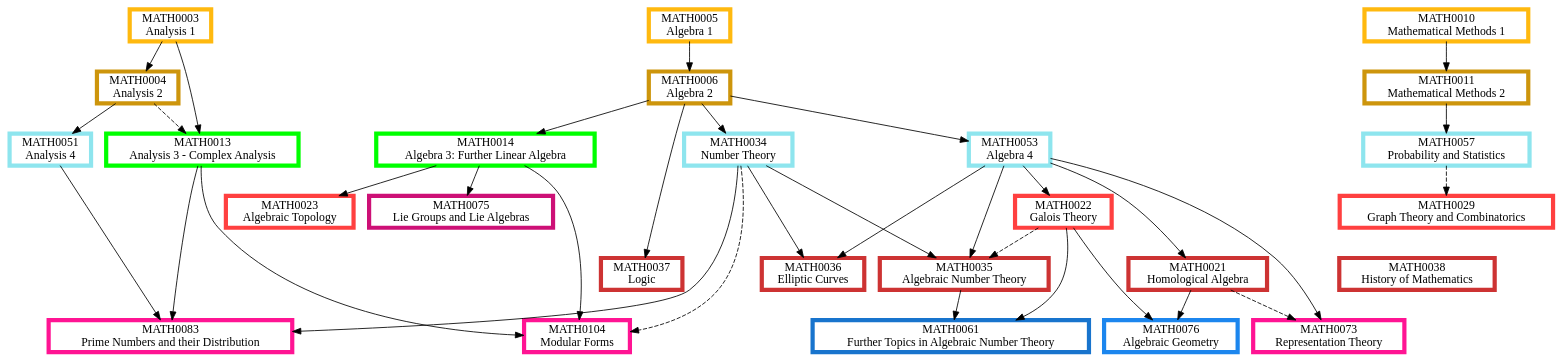
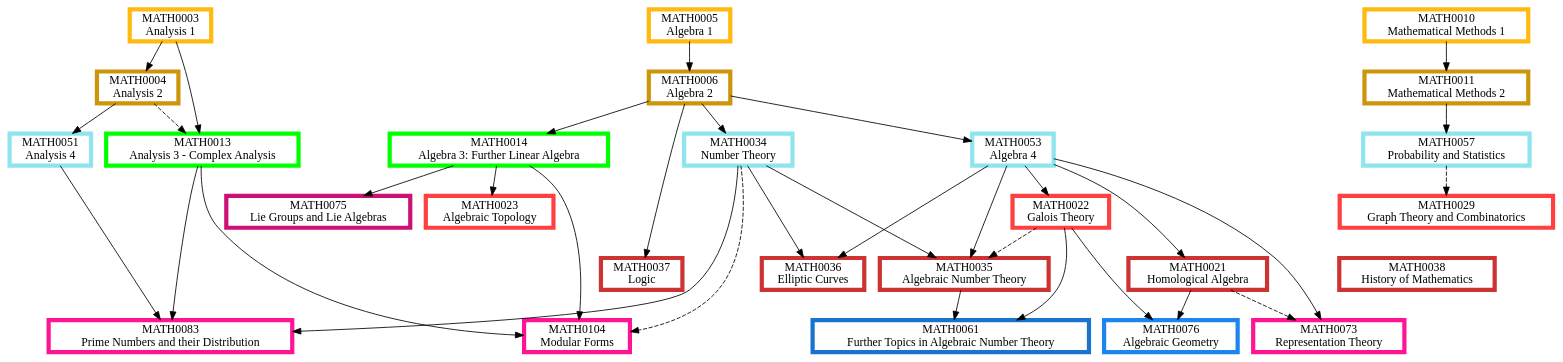
Before and after one commit to matthew-towers/pathways: the diagram in Algebra.dot, drawn with Graphviz. The commit also changed 11 other files, not shown here.

```diff
--- a/Algebra.dot
+++ b/Algebra.dot
@@ -1,118 +1,118 @@
 digraph {
 	node [fillcolor=white penwidth=5 shape=box style="filled,bold"]
 	subgraph "1.0 1" {
 		rank=same
-		MATH0005 [label="MATH0005
-Algebra 1" color=darkgoldenrod1 href="https://www.ucl.ac.uk/maths/sites/maths/files/math0005.pdf" tooltip="Year 1, term 1"]
 		MATH0003 [label="MATH0003
 Analysis 1" color=darkgoldenrod1 href="https://www.ucl.ac.uk/maths/sites/maths/files/math0003.pdf" tooltip="Year 1, term 1"]
 		MATH0010 [label="MATH0010
 Mathematical Methods 1" color=darkgoldenrod1 href="https://www.ucl.ac.uk/maths/sites/maths/files/math0010.pdf" tooltip="Year 1, term 1"]
+		MATH0005 [label="MATH0005
+Algebra 1" color=darkgoldenrod1 href="https://www.ucl.ac.uk/maths/sites/maths/files/math0005.pdf" tooltip="Year 1, term 1"]
 	}
-	MATH0005 -> MATH0006
-	MATH0010 -> MATH0011
-	MATH0003 -> MATH0004
+	MATH0010 -> MATH0011 [tooltip="required prerequisite"]
+	MATH0005 -> MATH0006 [tooltip="required prerequisite"]
+	MATH0003 -> MATH0004 [tooltip="required prerequisite"]
 	subgraph "1.0 2" {
 		rank=same
+		MATH0011 [label="MATH0011
+Mathematical Methods 2" color=darkgoldenrod3 href="https://www.ucl.ac.uk/maths/sites/maths/files/math0011_2.pdf" tooltip="Year 1, term 2"]
 		MATH0006 [label="MATH0006
 Algebra 2" color=darkgoldenrod3 href="https://www.ucl.ac.uk/maths/sites/maths/files/math0006.pdf" tooltip="Year 1, term 2"]
-		MATH0011 [label="MATH0011
-Mathematical Methods 2" color=darkgoldenrod3 href="https://www.ucl.ac.uk/maths/sites/maths/files/math0011_2.pdf" tooltip="Year 1, term 2"]
 		MATH0004 [label="MATH0004
 Analysis 2" color=darkgoldenrod3 href="https://www.ucl.ac.uk/maths/sites/maths/files/math0004.pdf" tooltip="Year 1, term 2"]
 	}
-	MATH0006 -> MATH0014
-	MATH0003 -> MATH0013
-	MATH0004 -> MATH0013 [style=dashed]
+	MATH0006 -> MATH0014 [tooltip="required prerequisite"]
+	MATH0003 -> MATH0013 [tooltip="required prerequisite"]
+	MATH0004 -> MATH0013 [style=dashed tooltip="recommended prerequisite"]
 	subgraph "2.0 1" {
 		rank=same
 		MATH0014 [label="MATH0014
 Algebra 3: Further Linear Algebra" color=green1 href="https://www.ucl.ac.uk/maths/sites/maths/files/math0014.pdf" tooltip="Year 2, term 1"]
 		MATH0013 [label="MATH0013
 Analysis 3 - Complex Analysis" color=green1 href="https://www.ucl.ac.uk/maths/sites/maths/files/math0013.pdf" tooltip="Year 2, term 1"]
 	}
-	MATH0006 -> MATH0053
-	MATH0011 -> MATH0057
-	MATH0006 -> MATH0034
-	MATH0004 -> MATH0051
+	MATH0011 -> MATH0057 [tooltip="required prerequisite"]
+	MATH0006 -> MATH0034 [tooltip="required prerequisite"]
+	MATH0006 -> MATH0053 [tooltip="required prerequisite"]
+	MATH0004 -> MATH0051 [tooltip="required prerequisite"]
 	subgraph "2.5 2" {
 		rank=same
-		MATH0053 [label="MATH0053
-Algebra 4" color=cadetblue2 href="https://www.ucl.ac.uk/maths/sites/maths/files/math0053.pdf" tooltip="Year 2 or 3, term 2"]
 		MATH0057 [label="MATH0057
 Probability and Statistics" color=cadetblue2 href="https://www.ucl.ac.uk/maths/sites/maths/files/math0057.pdf" tooltip="Year 2 or 3, term 2"]
 		MATH0034 [label="MATH0034
 Number Theory" color=cadetblue2 href="https://www.ucl.ac.uk/maths/sites/maths/files/math0034.pdf" tooltip="Year 2 or 3, term 2"]
+		MATH0053 [label="MATH0053
+Algebra 4" color=cadetblue2 href="https://www.ucl.ac.uk/maths/sites/maths/files/math0053.pdf" tooltip="Year 2 or 3, term 2"]
 		MATH0051 [label="MATH0051
 Analysis 4" color=cadetblue2 href="https://www.ucl.ac.uk/maths/sites/maths/files/math0051.pdf" tooltip="Year 2 or 3, term 2"]
 	}
-	MATH0014 -> MATH0023
-	MATH0057 -> MATH0029 [style=dashed]
-	MATH0053 -> MATH0022
+	MATH0057 -> MATH0029 [style=dashed tooltip="recommended prerequisite"]
+	MATH0053 -> MATH0022 [tooltip="required prerequisite"]
+	MATH0014 -> MATH0023 [tooltip="required prerequisite"]
 	subgraph "3.0 1" {
 		rank=same
-		MATH0023 [label="MATH0023
-Algebraic Topology" color=brown1 href="https://www.ucl.ac.uk/maths/sites/maths/files/math0023_1.pdf" tooltip="Year 3, term 1"]
 		MATH0029 [label="MATH0029
 Graph Theory and Combinatorics" color=brown1 href="https://www.ucl.ac.uk/maths/sites/maths/files/math0029.pdf" tooltip="Year 3, term 1"]
 		MATH0022 [label="MATH0022
 Galois Theory" color=brown1 href="https://www.ucl.ac.uk/maths/sites/maths/files/math0022.pdf" tooltip="Year 3, term 1"]
+		MATH0023 [label="MATH0023
+Algebraic Topology" color=brown1 href="https://www.ucl.ac.uk/maths/sites/maths/files/math0023_1.pdf" tooltip="Year 3, term 1"]
 	}
-	MATH0006 -> MATH0037
-	MATH0034 -> MATH0036
-	MATH0053 -> MATH0036
-	MATH0053 -> MATH0021
-	MATH0034 -> MATH0035
-	MATH0053 -> MATH0035
-	MATH0022 -> MATH0035 [style=dashed]
+	MATH0034 -> MATH0036 [tooltip="required prerequisite"]
+	MATH0053 -> MATH0036 [tooltip="required prerequisite"]
+	MATH0053 -> MATH0021 [tooltip="required prerequisite"]
+	MATH0006 -> MATH0037 [tooltip="required prerequisite"]
+	MATH0034 -> MATH0035 [tooltip="required prerequisite"]
+	MATH0053 -> MATH0035 [tooltip="required prerequisite"]
+	MATH0022 -> MATH0035 [style=dashed tooltip="recommended prerequisite"]
 	subgraph "3.0 2" {
 		rank=same
-		MATH0038 [label="MATH0038
-History of Mathematics" color=brown3 href="https://www.ucl.ac.uk/maths/sites/maths/files/math0038.pdf" tooltip="Year 3, term 2"]
-		MATH0037 [label="MATH0037
-Logic" color=brown3 href="https://www.ucl.ac.uk/maths/sites/maths/files/math0037.pdf" tooltip="Year 3, term 2"]
 		MATH0036 [label="MATH0036
 Elliptic Curves" color=brown3 href="https://www.ucl.ac.uk/maths/sites/maths/files/math0036.pdf" tooltip="Year 3, term 2"]
 		MATH0021 [label="MATH0021
 Homological Algebra" color=brown3 href="https://www.ucl.ac.uk/maths/sites/maths/files/math0021.pdf" tooltip="Year 3, term 2"]
+		MATH0037 [label="MATH0037
+Logic" color=brown3 href="https://www.ucl.ac.uk/maths/sites/maths/files/math0037.pdf" tooltip="Year 3, term 2"]
+		MATH0038 [label="MATH0038
+History of Mathematics" color=brown3 href="https://www.ucl.ac.uk/maths/sites/maths/files/math0038.pdf" tooltip="Year 3, term 2"]
 		MATH0035 [label="MATH0035
 Algebraic Number Theory" color=brown3 href="https://www.ucl.ac.uk/maths/sites/maths/files/math0035.pdf" tooltip="Year 3, term 2"]
 	}
-	MATH0053 -> MATH0073
-	MATH0021 -> MATH0073 [style=dashed]
-	MATH0013 -> MATH0083
-	MATH0051 -> MATH0083
-	MATH0034 -> MATH0083
-	MATH0013 -> MATH0104
-	MATH0014 -> MATH0104
-	MATH0034 -> MATH0104 [style=dashed]
+	MATH0013 -> MATH0083 [tooltip="required prerequisite"]
+	MATH0051 -> MATH0083 [tooltip="required prerequisite"]
+	MATH0034 -> MATH0083 [tooltip="required prerequisite"]
+	MATH0053 -> MATH0073 [tooltip="required prerequisite"]
+	MATH0021 -> MATH0073 [style=dashed tooltip="recommended prerequisite"]
+	MATH0013 -> MATH0104 [tooltip="required prerequisite"]
+	MATH0014 -> MATH0104 [tooltip="required prerequisite"]
+	MATH0034 -> MATH0104 [style=dashed tooltip="recommended prerequisite"]
 	subgraph "3.5 1" {
 		rank=same
+		MATH0083 [label="MATH0083
+Prime Numbers and their Distribution" color=deeppink1 href="https://www.ucl.ac.uk/maths/sites/maths/files/math0083.pdf" tooltip="Year 3 or 4, term 1"]
 		MATH0073 [label="MATH0073
 Representation Theory" color=deeppink1 href="https://www.ucl.ac.uk/maths/sites/maths/files/math0073.pdf" tooltip="Year 3 or 4, term 1"]
-		MATH0083 [label="MATH0083
-Prime Numbers and their Distribution" color=deeppink1 href="https://www.ucl.ac.uk/maths/sites/maths/files/math0083.pdf" tooltip="Year 3 or 4, term 1"]
 		MATH0104 [label="MATH0104
 Modular Forms" color=deeppink1 href="https://www.ucl.ac.uk/maths/sites/maths/files/math0104_2.pdf" tooltip="Year 3 or 4, term 1"]
 	}
-	MATH0014 -> MATH0075
+	MATH0014 -> MATH0075 [tooltip="required prerequisite"]
 	subgraph "3.5 2" {
 		rank=same
 		MATH0075 [label="MATH0075
 Lie Groups and Lie Algebras" color=deeppink3 href="https://www.ucl.ac.uk/maths/sites/maths/files/math0075_3.pdf" tooltip="Year 3 or 4, term 2"]
 	}
-	MATH0021 -> MATH0076
-	MATH0022 -> MATH0076
+	MATH0021 -> MATH0076 [tooltip="required prerequisite"]
+	MATH0022 -> MATH0076 [tooltip="required prerequisite"]
 	subgraph "4.0 1" {
 		rank=same
 		MATH0076 [label="MATH0076
 Algebraic Geometry" color=dodgerblue2 href="https://www.ucl.ac.uk/maths/sites/maths/files/math0076_3.pdf" tooltip="Year 4, term 1"]
 	}
-	MATH0035 -> MATH0061
-	MATH0022 -> MATH0061
+	MATH0035 -> MATH0061 [tooltip="required prerequisite"]
+	MATH0022 -> MATH0061 [tooltip="required prerequisite"]
 	subgraph "4 2" {
 		rank=same
 		MATH0061 [label="MATH0061
 Further Topics in Algebraic Number Theory" color=dodgerblue3 href="https://www.ucl.ac.uk/maths/sites/maths/files/math0061_0.pdf" tooltip="Year 4, term 2"]
 	}
 }
```
